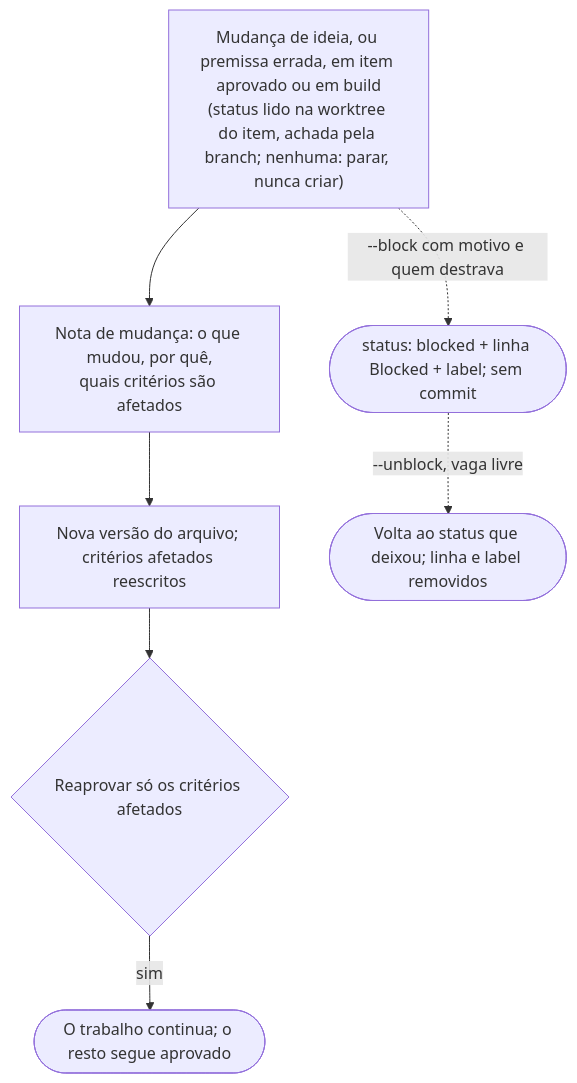
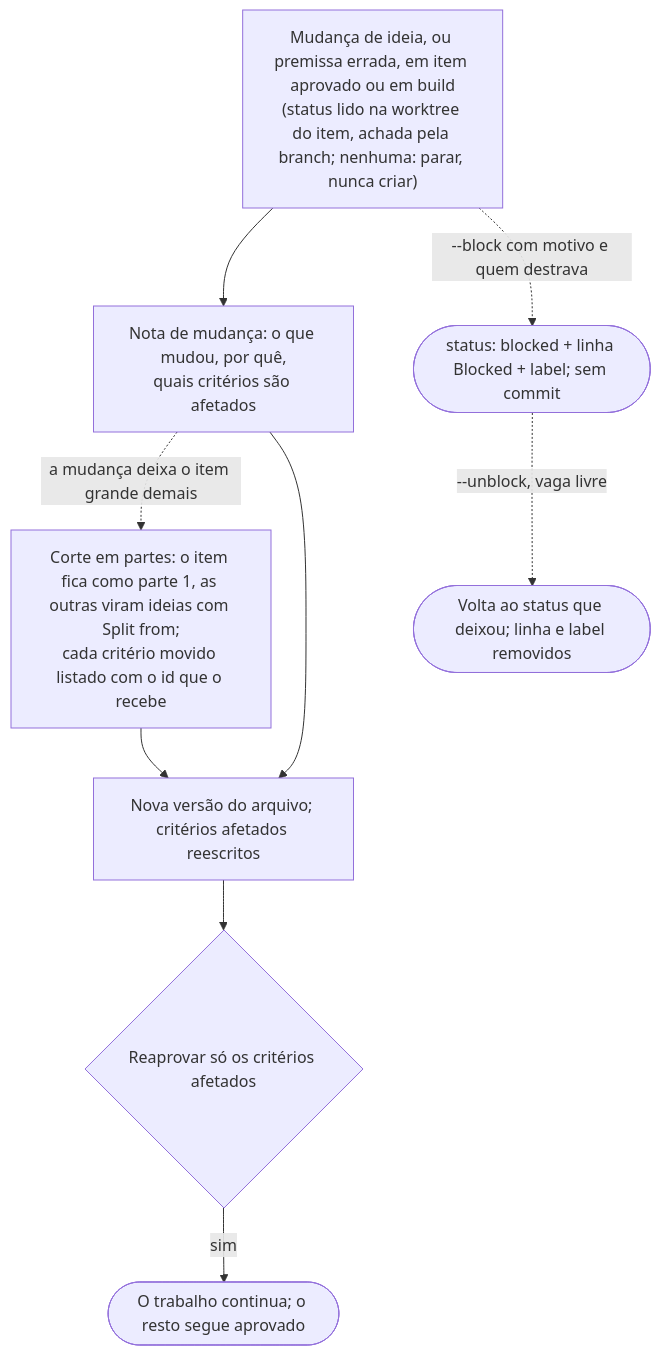
One commit to alexcanario/simulab changed diagram 11 of 23 in docs/agile/workflow.pt-BR.md. Above: the diagram before and after it, drawn with Mermaid. The commit also changed other lines of this file and 10 other files, not shown here.

````diff
--- a/docs/agile/workflow.pt-BR.md
+++ b/docs/agile/workflow.pt-BR.md
@@ -955,9 +970,11 @@
 ```mermaid
 flowchart TD
     A["Mudança de ideia, ou premissa errada, em item aprovado ou em build<br/>(status lido na worktree do item, achada pela branch; nenhuma: parar, nunca criar)"] --> B["Nota de mudança: o que mudou, por quê,<br/>quais critérios são afetados"]
+    B -.->|"a mudança deixa o item grande demais"| B1["Corte em partes: o item fica como parte 1, as outras viram ideias com Split from;<br/>cada critério movido listado com o id que o recebe"]
+    B1 --> C
     B --> C["Nova versão do arquivo; critérios afetados reescritos"]
     C --> D{"Reaprovar só os critérios afetados"}
     D -->|sim| E(["O trabalho continua; o resto segue aprovado"])
     A -.->|"--block com motivo e quem destrava"| F(["status: blocked + linha Blocked + label; sem commit"])
     F -.->|"--unblock, vaga livre"| G(["Volta ao status que deixou; linha e label removidos"])
 ```
````
